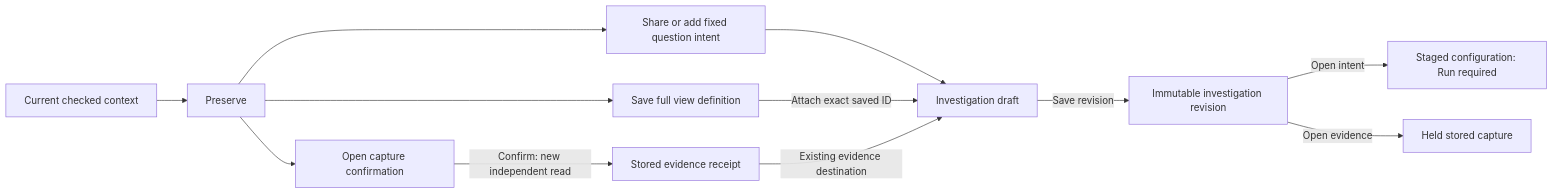
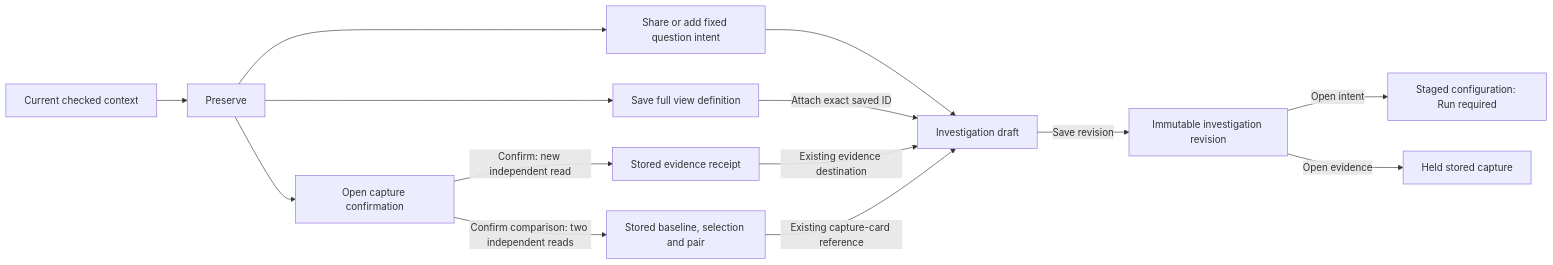
One commit to casselc/goo changed the diagram in docs/PRESERVATION.md. Above: the diagram before and after it, drawn with Mermaid. The commit also changed other lines of this file and 38 other files, not shown here.

````diff
--- a/docs/PRESERVATION.md
+++ b/docs/PRESERVATION.md
@@ -43,14 +49,16 @@
 ```mermaid
 flowchart LR
   C[Current checked context] --> P[Preserve]
   P --> Q[Share or add fixed question intent]
   P --> V[Save full view definition]
   P --> D[Open capture confirmation]
   D -->|Confirm: new independent read| E[Stored evidence receipt]
+  D -->|Confirm comparison: two independent reads| C2[Stored baseline, selection and pair]
   Q --> I[Investigation draft]
   V -->|Attach exact saved ID| I
   E -->|Existing evidence destination| I
+  C2 -->|Existing capture-card reference| I
   I -->|Save revision| R[Immutable investigation revision]
   R -->|Open intent| S[Staged configuration: Run required]
   R -->|Open evidence| H[Held stored capture]
 ```
````
